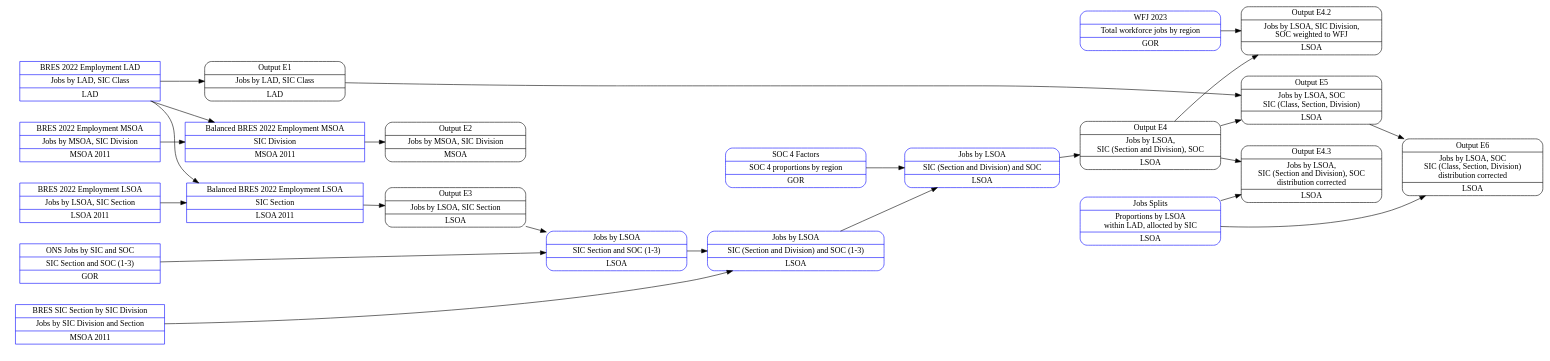
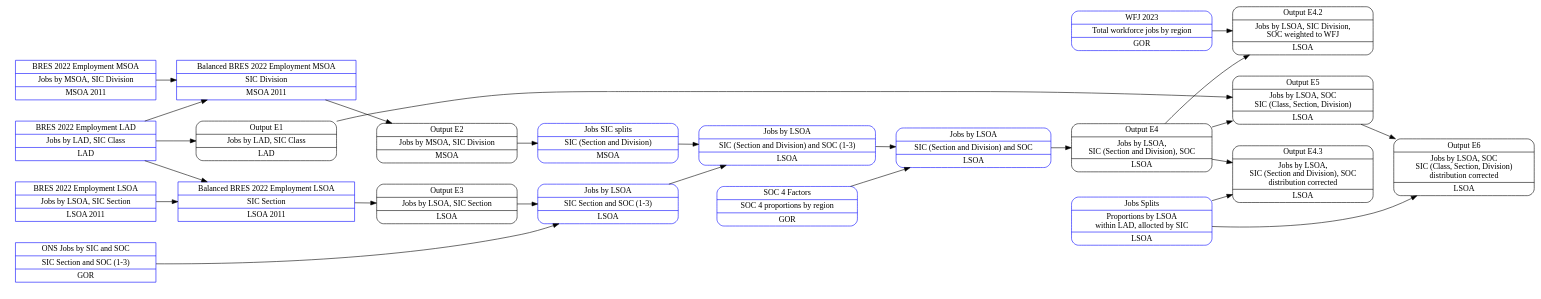
Before and after one commit to Transport-for-the-North/Land-Use: the second of 2 diagrams in docs/base_model_structure.rst, drawn with Graphviz. The commit also changed 2 other files, not shown here.

Commit message:
Apply farmers adjustment

```diff
--- a/docs/base_model_structure.rst
+++ b/docs/base_model_structure.rst
@@ -171,10 +171,7 @@
             subgraph cluster_inputs{
                 peripheries=0
                 rank="same"
-
-                table_6 [label="ONS Jobs by SIC and SOC|SIC Section and SOC (1-3)|GOR"];
-                table_8 [label="BRES SIC Section by SIC Division|Jobs by SIC Division and Section|MSOA 2011"];
-            
+                table_6 [label="ONS Jobs by SIC and SOC|SIC Section and SOC (1-3)|GOR"];            
             }
         
         node [style=rounded, color=black]
@@ -189,6 +186,7 @@
         node [shape=record, color=blue width=3.4]
             table_7 [label="Jobs by LSOA|SIC Section and SOC (1-3)|LSOA"];
             table_7a [label="Jobs by LSOA|SIC (Section and Division) and SOC (1-3)|LSOA"];
+            table_8 [label="Jobs SIC splits|SIC (Section and Division)|MSOA"];
             table_11 [label="Jobs by LSOA|SIC (Section and Division) and SOC|LSOA"];
             table_10 [label="SOC 4 Factors|SOC 4 proportions by region|GOR"];
         
@@ -214,6 +212,7 @@
         table_3a -> output_e3;
         output_e3 -> table_7;
         table_6 -> table_7;
+        output_e2 -> table_8
         table_8 -> table_7a
         table_11 -> output_e4
         table_7 -> table_7a
```
